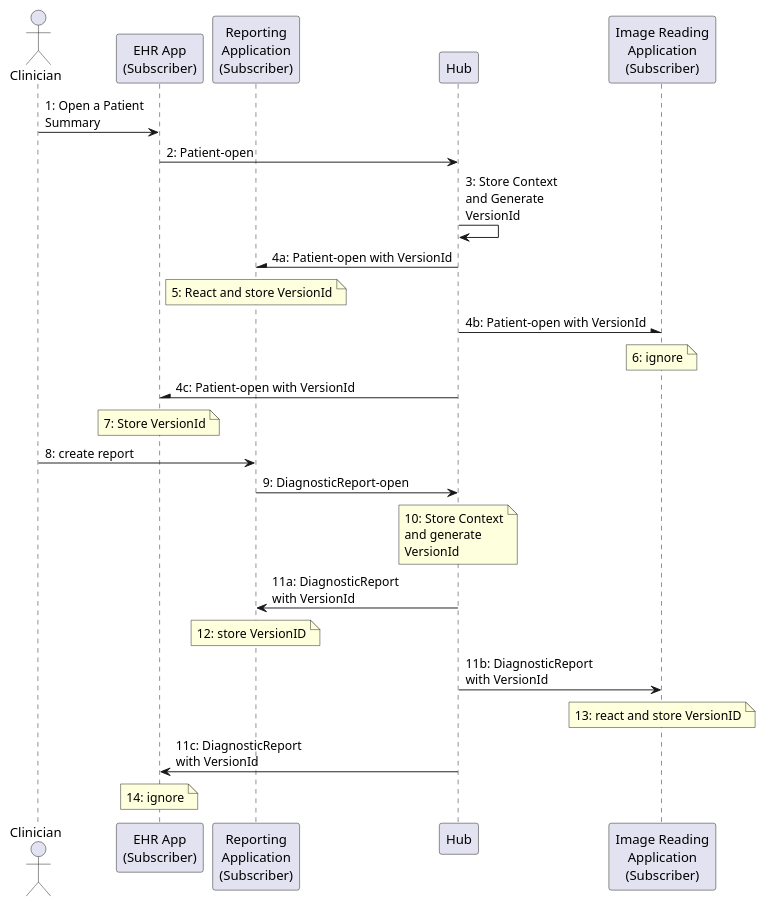
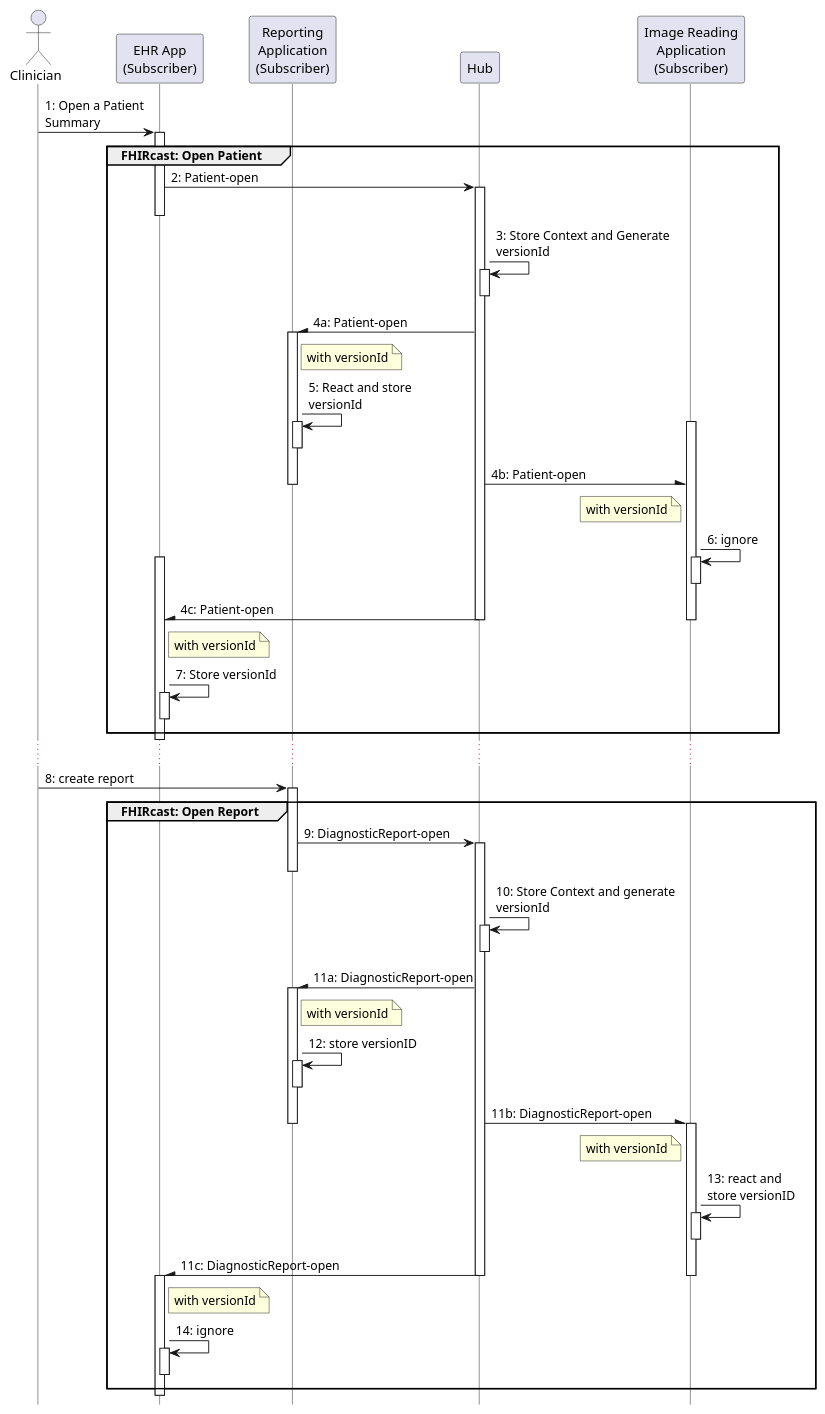
One commit to HL7/fhircast-docs changed the diagram in input/images-source/ContentExchangeOpenReport.plantuml. Above: the diagram before and after it, drawn with PlantUML. The commit also changed 2 other files, not shown here.

Commit message:
Plantuml changes suggested by Eric

```diff
--- a/input/images-source/ContentExchangeOpenReport.plantuml
+++ b/input/images-source/ContentExchangeOpenReport.plantuml
@@ -1,27 +1,63 @@
 @startuml
-    actor Clinician
-    participant "EHR App\n(Subscriber)" as EHR
-    participant "Reporting\nApplication\n(Subscriber)" as RepApp
-    participant Hub
-    participant "Image Reading\nApplication\n(Subscriber)" as App1
-    
-    Clinician -> EHR: 1: Open a Patient\nSummary
-    EHR -> Hub: 2: Patient-open
-    Hub -> Hub: 3: Store Context\nand Generate\nVersionId
-    Hub -\ RepApp: 4a: Patient-open with VersionId
-    note over RepApp: 5: React and store VersionId
-    Hub -\ App1: 4b: Patient-open with VersionId
-    note over App1: 6: ignore
-    Hub -\ EHR: 4c: Patient-open with VersionId
-    note over EHR: 7: Store VersionId
+skinparam shadowing false
+skinparam lifelineStrategy nosolid
+hide footbox
 
-    Clinician -> RepApp: 8: create report
-    RepApp-> Hub: 9: DiagnosticReport-open
-    note over Hub: 10: Store Context\nand generate\nVersionId
-    Hub -> RepApp: 11a: DiagnosticReport\nwith VersionId
-    note over RepApp: 12: store VersionID
-    Hub -> App1: 11b: DiagnosticReport\nwith VersionId
-    note over App1: 13: react and store VersionID
-    Hub -> EHR: 11c: DiagnosticReport\nwith VersionId
-    note over EHR: 14: ignore
+actor Clinician
+participant "EHR App\n(Subscriber)" as EHR
+participant "Reporting\nApplication\n(Subscriber)" as RepApp
+participant Hub
+participant "Image Reading\nApplication\n(Subscriber)" as App1
+
+Clinician -> EHR: 1: Open a Patient\nSummary
+group FHIRcast: Open Patient
+activate EHR
+EHR -> Hub: 2: Patient-open
+activate Hub
+deactivate EHR
+Hub -> Hub++--: 3: Store Context and Generate\nversionId
+Hub -\ RepApp: 4a: Patient-open
+note right RepApp: with versionId
+activate RepApp
+RepApp -> RepApp++--: 5: React and store\nversionId
+activate App1
+Hub -\ App1: 4b: Patient-open
+note left App1: with versionId
+deactivate RepApp
+App1 -> App1++--: 6: ignore
+activate EHR
+Hub -\ EHR: 4c: Patient-open
+note right EHR: with versionId
+deactivate Hub
+deactivate App1
+EHR -> EHR++--: 7: Store versionId
+end
+deactivate EHR
+...
+
+Clinician -> RepApp: 8: create report
+group FHIRcast: Open Report
+activate RepApp
+RepApp-> Hub: 9: DiagnosticReport-open
+activate Hub
+deactivate RepApp
+Hub -> Hub++--: 10: Store Context and generate\nversionId
+Hub -\ RepApp: 11a: DiagnosticReport-open
+note right RepApp: with versionId
+activate RepApp
+RepApp -> RepApp++--: 12: store versionID
+Hub -\ App1: 11b: DiagnosticReport-open
+note left App1: with versionId
+deactivate RepApp
+activate App1
+App1 -> App1++--: 13: react and\nstore versionID
+Hub -\ EHR: 11c: DiagnosticReport-open
+note right EHR: with versionId
+deactivate App1
+activate EHR
+deactivate Hub
+EHR -> EHR++--: 14: ignore
+end
+deactivate EHR
+
 @enduml
```
